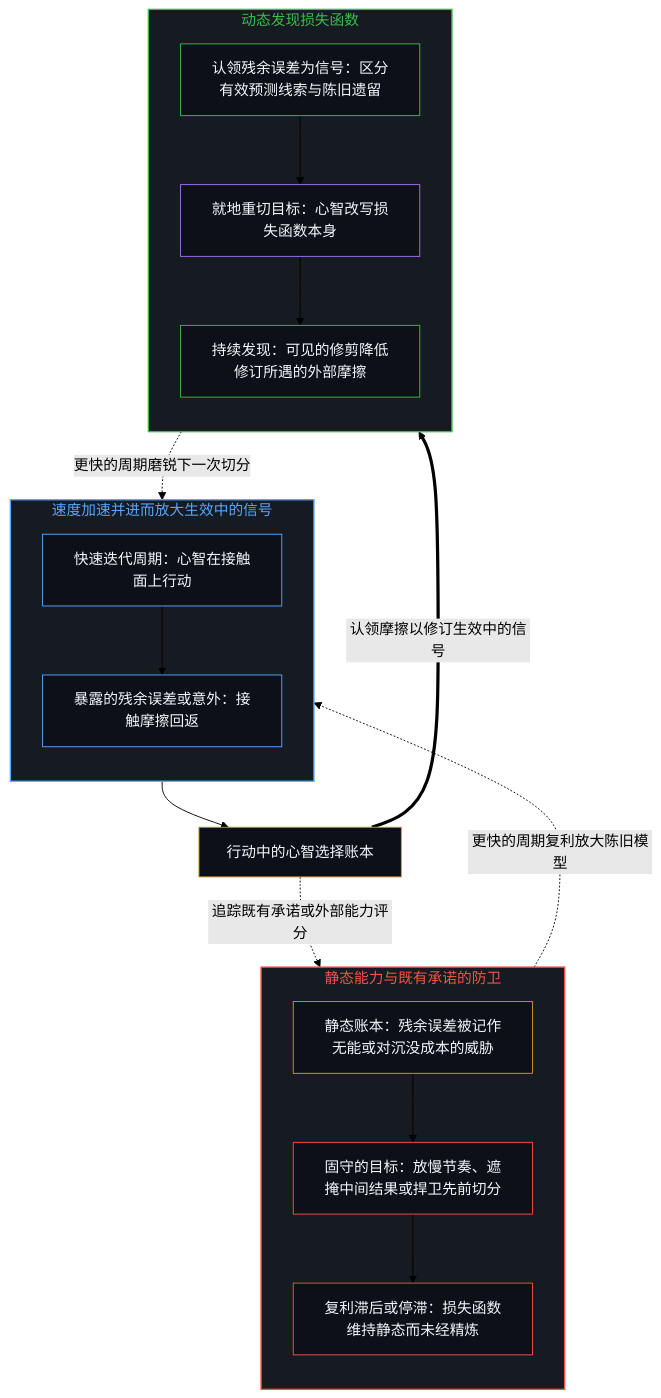
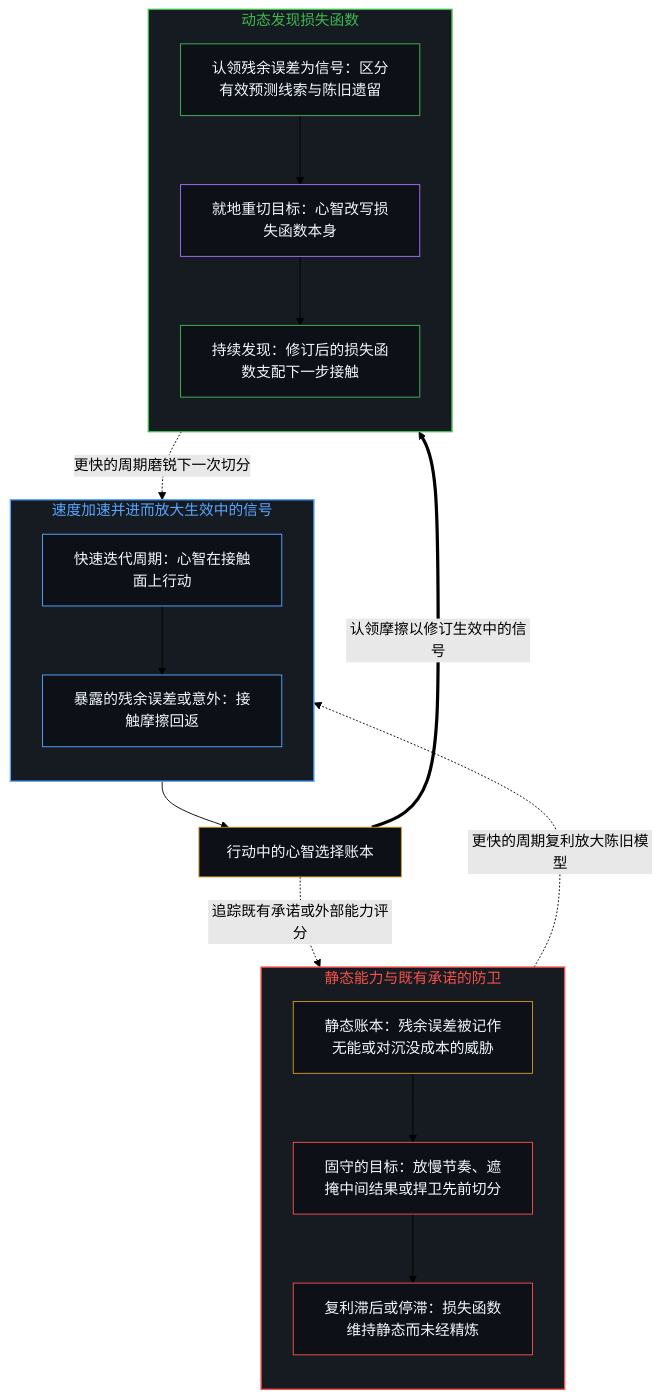
Before and after one commit to powerpig99/not-a-toe: the first of 2 diagrams in content/posts/the-dynamically-discovered-loss-function-and-the-conversion-of-error.md, drawn with Mermaid (forest theme). The commit also changed other lines of this file and 1 other file, not shown here.

Commit message:
Refine Post #474: remove external-validation causal reversal in §2, diagram, and §3

````diff
--- a/content/posts/the-dynamically-discovered-loss-function-and-the-conversion-of-error.md
+++ b/content/posts/the-dynamically-discovered-loss-function-and-the-conversion-of-error.md
@@ -27,41 +27,41 @@
 ```mermaid
 flowchart TD
     subgraph S_Amp["速度加速并进而放大生效中的信号"]
         direction TB
         A_Act["快速迭代周期：心智在接触面上行动"]
         A_Err["暴露的残余误差或意外：接触摩擦回返"]
         A_Act --> A_Err
     end
     M_Fork["行动中的心智选择账本"]
     subgraph S_Def["静态能力与既有承诺的防卫"]
         direction TB
         D_Inv["静态账本：残余误差被记作无能或对沉没成本的威胁"]
         D_Hold["固守的目标：放慢节奏、遮掩中间结果或捍卫先前切分"]
         D_Stall["复利滞后或停滞：损失函数维持静态而未经精炼"]
         D_Inv --> D_Hold --> D_Stall
     end
     subgraph S_Dyn["动态发现损失函数"]
         direction TB
         L_Claim["认领残余误差为信号：区分有效预测线索与陈旧遗留"]
         L_Recut["就地重切目标：心智改写损失函数本身"]
-        L_Cont["持续发现：可见的修剪降低修订所遇的外部摩擦"]
+        L_Cont["持续发现：修订后的损失函数支配下一步接触"]
         L_Claim --> L_Recut --> L_Cont
     end
     A_Err --> M_Fork
     M_Fork -.->|"追踪既有承诺或外部能力评分"| D_Inv
     M_Fork ==>|"认领摩擦以修订生效中的信号"| L_Claim
     L_Cont -.->|"更快的周期磨锐下一次切分"| A_Act
     D_Stall -.->|"更快的周期复利放大陈旧模型"| A_Act
     style S_Amp fill:#161b22,stroke:#58a6ff,stroke-width:1.5px,color:#58a6ff
     style S_Def fill:#161b22,stroke:#f85149,stroke-width:1.5px,color:#f85149
     style S_Dyn fill:#161b22,stroke:#3fb950,stroke-width:1.5px,color:#3fb950
     style A_Act fill:#0d1117,stroke:#58a6ff,stroke-width:1px,color:#f0f6fc
     style A_Err fill:#0d1117,stroke:#58a6ff,stroke-width:1px,color:#f0f6fc
     style M_Fork fill:#0d1117,stroke:#d29922,stroke-width:1px,color:#f0f6fc
     style D_Inv fill:#0d1117,stroke:#d29922,stroke-width:1px,color:#f0f6fc
     style D_Hold fill:#0d1117,stroke:#f85149,stroke-width:1px,color:#f0f6fc
     style D_Stall fill:#0d1117,stroke:#f85149,stroke-width:1px,color:#f0f6fc
     style L_Claim fill:#0d1117,stroke:#3fb950,stroke-width:1px,color:#f0f6fc
     style L_Recut fill:#0d1117,stroke:#a371f7,stroke-width:1px,color:#f0f6fc
     style L_Cont fill:#0d1117,stroke:#3fb950,stroke-width:1px,color:#f0f6fc
 ```
````
